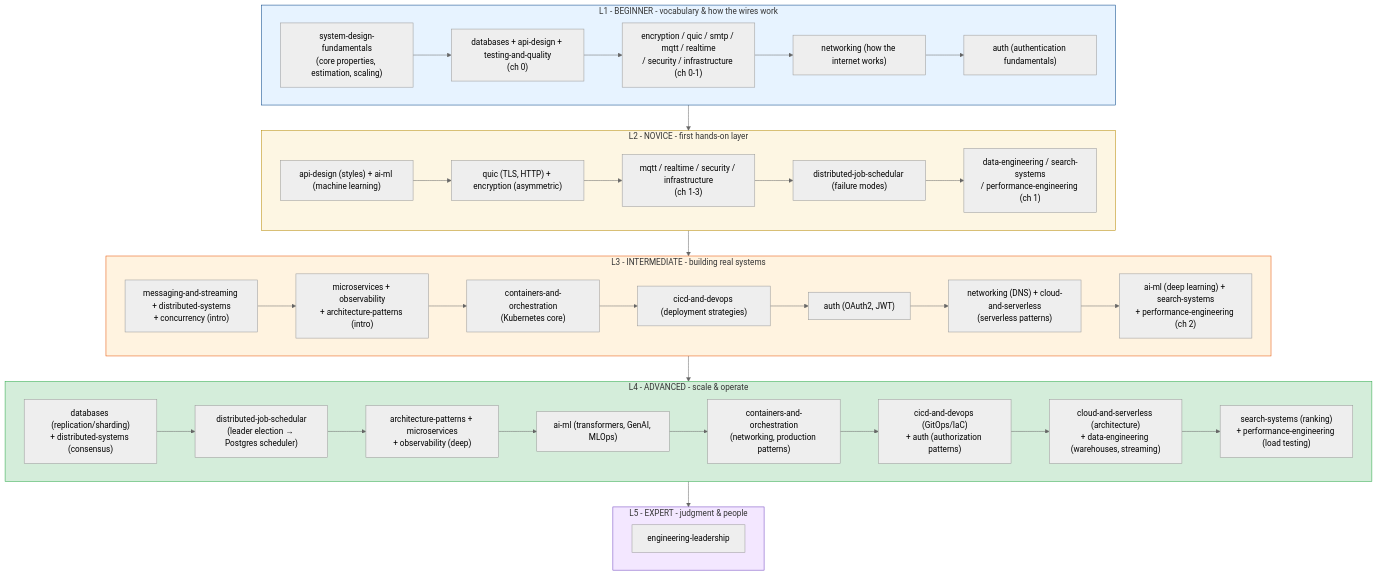
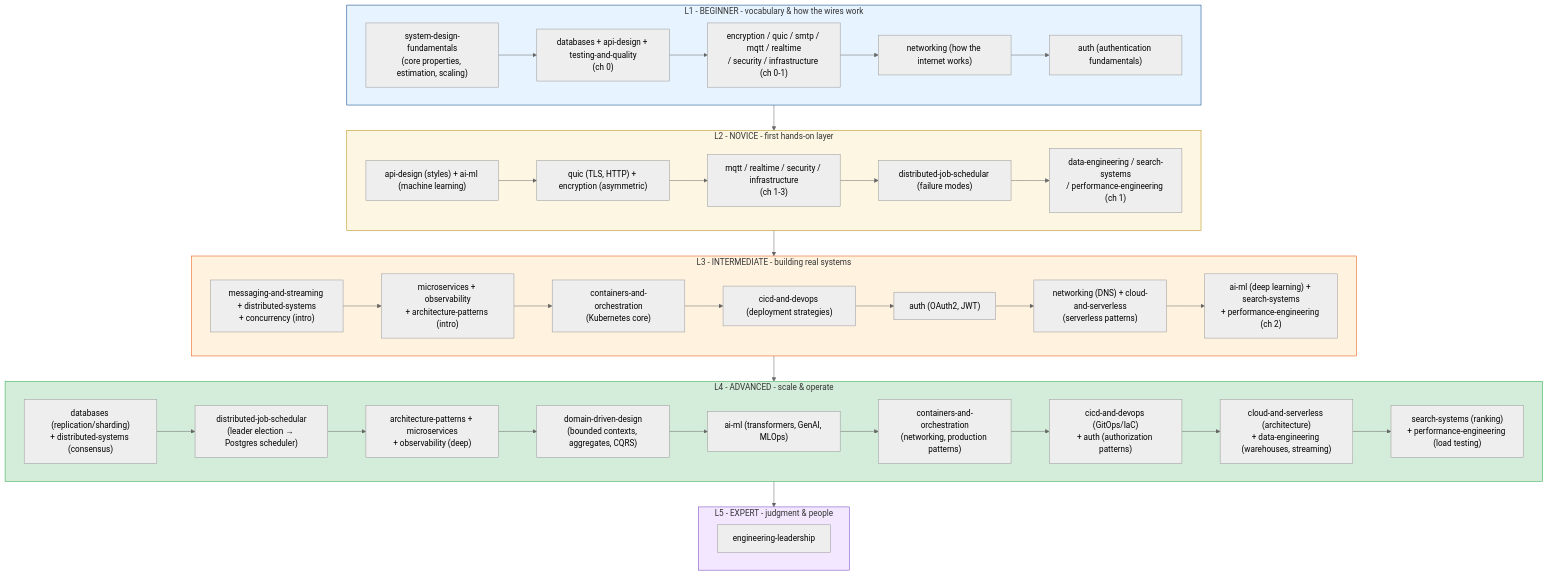
Before and after one commit to 0PrashantYadav0/TechDocs: the diagram in README.md, drawn with Mermaid (neutral theme). The commit also changed other lines of this file and 1 other file, not shown here.

Commit message:
docs: add domain-driven-design module to README and tick it off TODO

````diff
--- a/README.md
+++ b/README.md
@@ -37,41 +37,42 @@
 ```mermaid
 flowchart TB
     subgraph L1["L1 - BEGINNER - vocabulary & how the wires work"]
     A["system-design-fundamentals<br/>(core properties, estimation, scaling)"] --> B["databases + api-design + testing-and-quality<br/>(ch 0)"]
     B --> C2["encryption / quic / smtp / mqtt / realtime<br/>/ security / infrastructure (ch 0-1)"]
     C2 --> NET1["networking (how the internet works)"]
     NET1 --> AUTH1["auth (authentication fundamentals)"]
     end
     subgraph L2["L2 - NOVICE - first hands-on layer"]
     D["api-design (styles) + ai-ml (machine learning)"] --> E["quic (TLS, HTTP) + encryption (asymmetric)"]
     E --> F["mqtt / realtime / security / infrastructure<br/>(ch 1-3)"]
     F --> DJS1["distributed-job-schedular (failure modes)"]
     DJS1 --> DE1["data-engineering / search-systems<br/>/ performance-engineering (ch 1)"]
     end
     subgraph L3["L3 - INTERMEDIATE - building real systems"]
     G["messaging-and-streaming + distributed-systems<br/>+ concurrency (intro)"] --> H["microservices + observability<br/>+ architecture-patterns (intro)"]
     H --> CON1["containers-and-orchestration<br/>(Kubernetes core)"]
     CON1 --> CICD1["cicd-and-devops (deployment strategies)"]
     CICD1 --> AUTH2["auth (OAuth2, JWT)"]
     AUTH2 --> NET2["networking (DNS) + cloud-and-serverless<br/>(serverless patterns)"]
     NET2 --> AIML2["ai-ml (deep learning) + search-systems<br/>+ performance-engineering (ch 2)"]
     end
     subgraph L4["L4 - ADVANCED - scale & operate"]
     I["databases (replication/sharding)<br/>+ distributed-systems (consensus)"] --> J["distributed-job-schedular<br/>(leader election → Postgres scheduler)"]
     J --> K["architecture-patterns + microservices<br/>+ observability (deep)"]
-    K --> AI["ai-ml (transformers, GenAI, MLOps)"]
+    K --> DDD["domain-driven-design<br/>(bounded contexts, aggregates, CQRS)"]
+    DDD --> AI["ai-ml (transformers, GenAI, MLOps)"]
     AI --> CON2["containers-and-orchestration<br/>(networking, production patterns)"]
     CON2 --> CICD2["cicd-and-devops (GitOps/IaC)<br/>+ auth (authorization patterns)"]
     CICD2 --> CLOUD2["cloud-and-serverless (architecture)<br/>+ data-engineering (warehouses, streaming)"]
     CLOUD2 --> SE["search-systems (ranking)<br/>+ performance-engineering (load testing)"]
     end
     subgraph L5["L5 - EXPERT - judgment & people"]
     M["engineering-leadership"]
     end
     L1 --> L2 --> L3 --> L4 --> L5
     style L1 fill:#e7f3ff,stroke:#004085
     style L2 fill:#fdf6e3,stroke:#b58900
     style L3 fill:#fff3e0,stroke:#e65100
     style L4 fill:#d4edda,stroke:#28a745
     style L5 fill:#f3e7ff,stroke:#6f42c1
 ```
````
